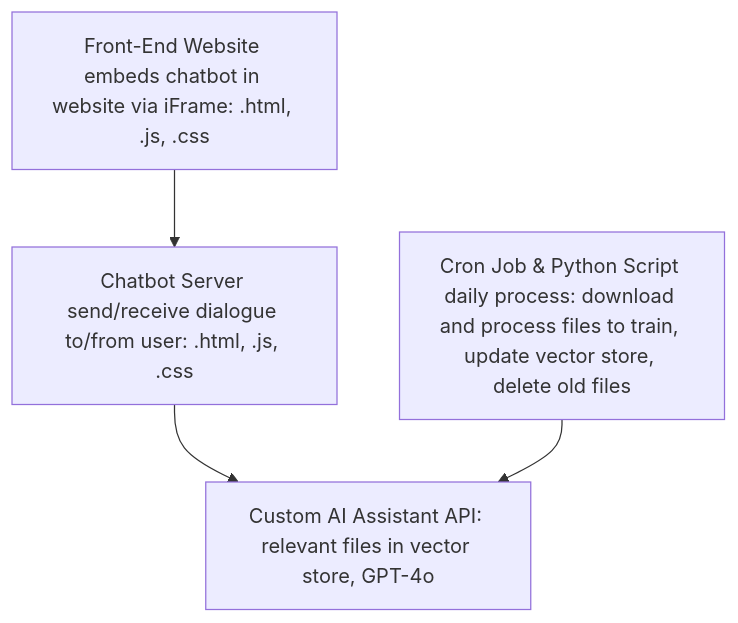
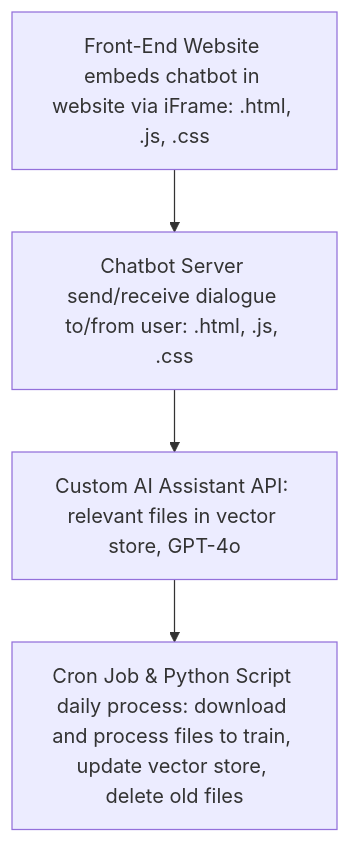
Before and after one commit to devan-p/KEYS2024: the diagram in docs/assignment3.md, drawn with Mermaid.

Commit message:
fixing mermaid

```diff
--- a/docs/assignment3.md
+++ b/docs/assignment3.md
@@ -5,11 +5,11 @@
 <div class="mermaid">
 flowchart TD
     A[Front-End Website embeds chatbot in website via iFrame: .html, .js, .css]
     B[Chatbot Server send/receive dialogue to/from user: .html, .js, .css]
     C[Custom AI Assistant API: relevant files in vector store, GPT-4o]
     D[Cron Job & Python Script daily process: download and process files to train, update vector store, delete old files]
 
     A --> B
     B --> C
-    D --> C
+    C --> D
 </div>
```
